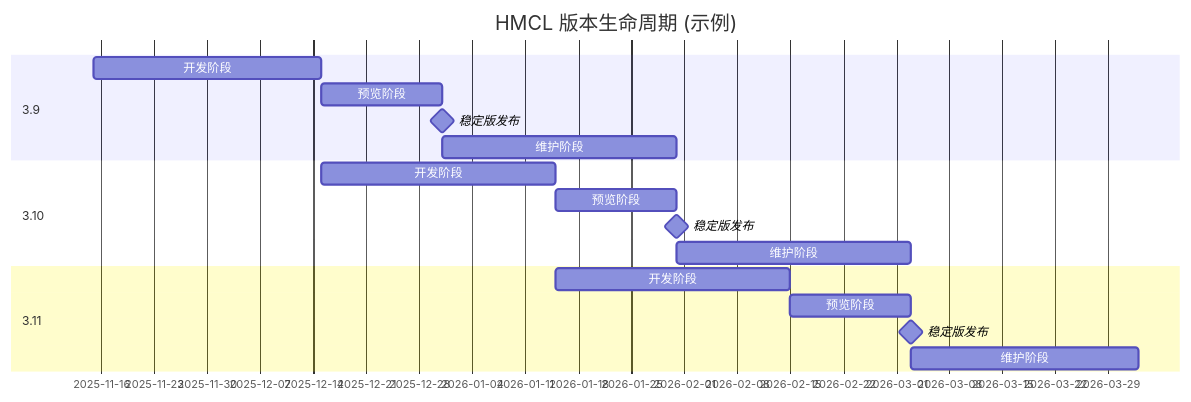
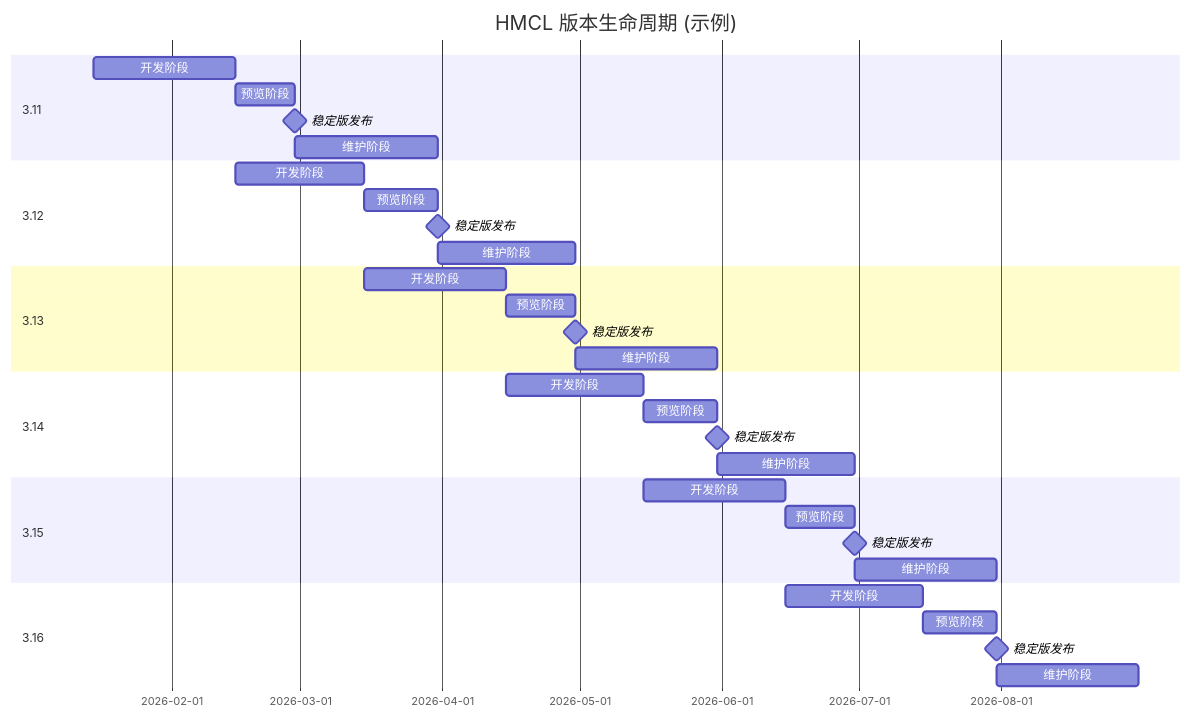
Before and after one commit to HMCL-dev/HMCL: the diagram in docs/ReleaseSchedule_zh.md, drawn with Mermaid. The commit also changed other lines of this file and 2 other files, not shown here.

Commit message:
docs: rewrite gantt chart to update branches and dates [skip ci]
- Force the `dateFormat` to prevent chart rendering issues.
- Use absolute dates to prevent chart alignment issues caused by variations in the number of days in each month.
- Updated chart content from version branch 3.11 to 3.16.
- Add a note stating that the chart is for reference only.

````diff
--- a/docs/ReleaseSchedule_zh.md
+++ b/docs/ReleaseSchedule_zh.md
@@ -43,19 +43,35 @@
 ```mermaid
 gantt
     title HMCL 版本生命周期 (示例)
-    section 3.9
-        开发阶段: a1, 2025-11-15, 30d
-        预览阶段: a2, after a1, 16d
+    dateFormat YYYY-MM-DD
+    section 3.11
+        开发阶段: a1, 2026-01-15, 2026-02-15
+        预览阶段: a2, 2026-02-15, 2026-02-28
         稳定版发布: milestone, after a2, 0d
-        维护阶段: a3, after a2, 31d
-    section 3.10
-        开发阶段: b1, after a1, 31d
-        预览阶段: b2, after b1, 16d
+        维护阶段: a3, 2026-02-28, 2026-03-31
+    section 3.12
+        开发阶段: b1, 2026-02-15, 2026-03-15
+        预览阶段: b2, 2026-03-15, 2026-03-31
         稳定版发布: milestone, after b2, 0d
-        维护阶段: b3, after b2, 31d
-    section 3.11
-        开发阶段: c1, after b1, 31d
-        预览阶段: c2, after c1, 16d
+        维护阶段: b3, 2026-03-31, 2026-04-30
+    section 3.13
+        开发阶段: c1, 2026-03-15, 2026-04-15
+        预览阶段: c2, 2026-04-15, 2026-04-30
         稳定版发布: milestone, after c2, 0d
-        维护阶段: c3, after c2, 30d
+        维护阶段: c3, 2026-04-30, 2026-05-31
+    section 3.14
+        开发阶段: d1, 2026-04-15, 2026-05-15
+        预览阶段: d2, 2026-05-15, 2026-05-31
+        稳定版发布: milestone, after d2, 0d
+        维护阶段: d3, 2026-05-31, 2026-06-30
+    section 3.15
+        开发阶段: e1, 2026-05-15, 2026-06-15
+        预览阶段: e2, 2026-06-15, 2026-06-30
+        稳定版发布: milestone, after e2, 0d
+        维护阶段: e3, 2026-06-30, 2026-07-31
+    section 3.16
+        开发阶段: f1, 2026-06-15, 2026-07-15
+        预览阶段: f2, 2026-07-15, 2026-07-31
+        稳定版发布: milestone, after f2, 0d
+        维护阶段: f3, 2026-07-31, 2026-08-31
 ```
````
